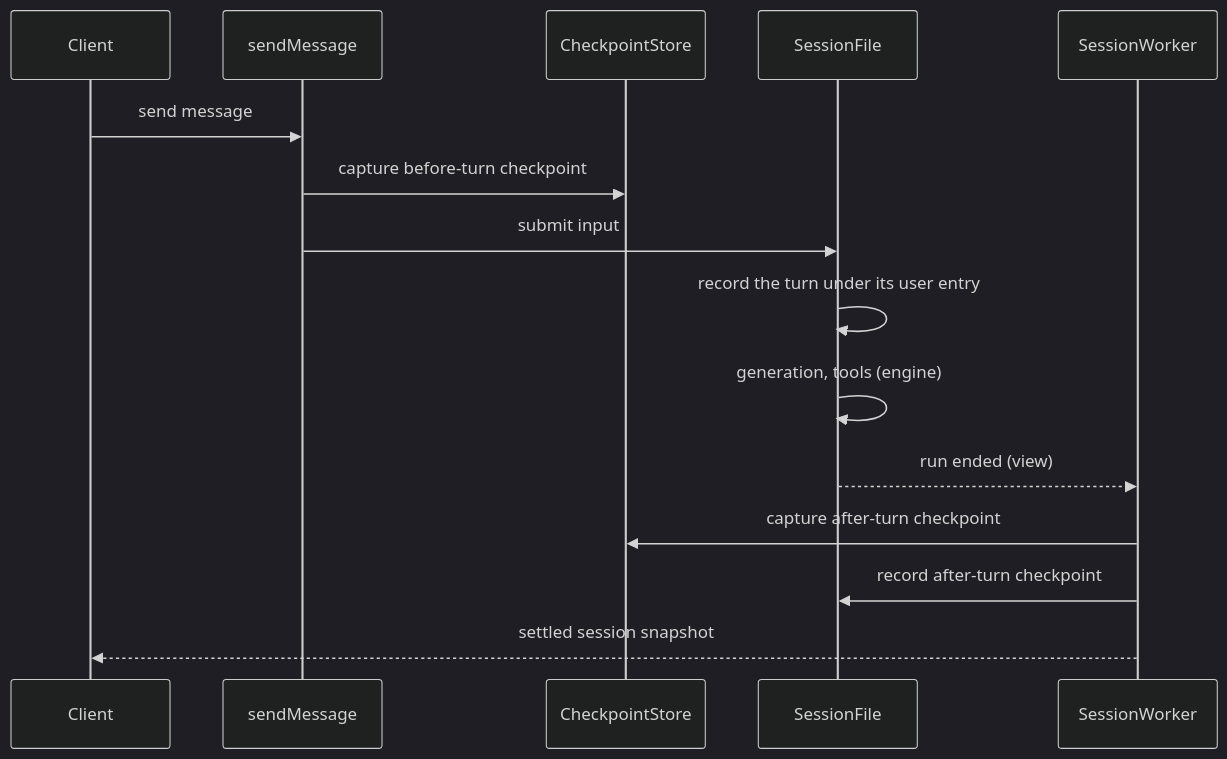
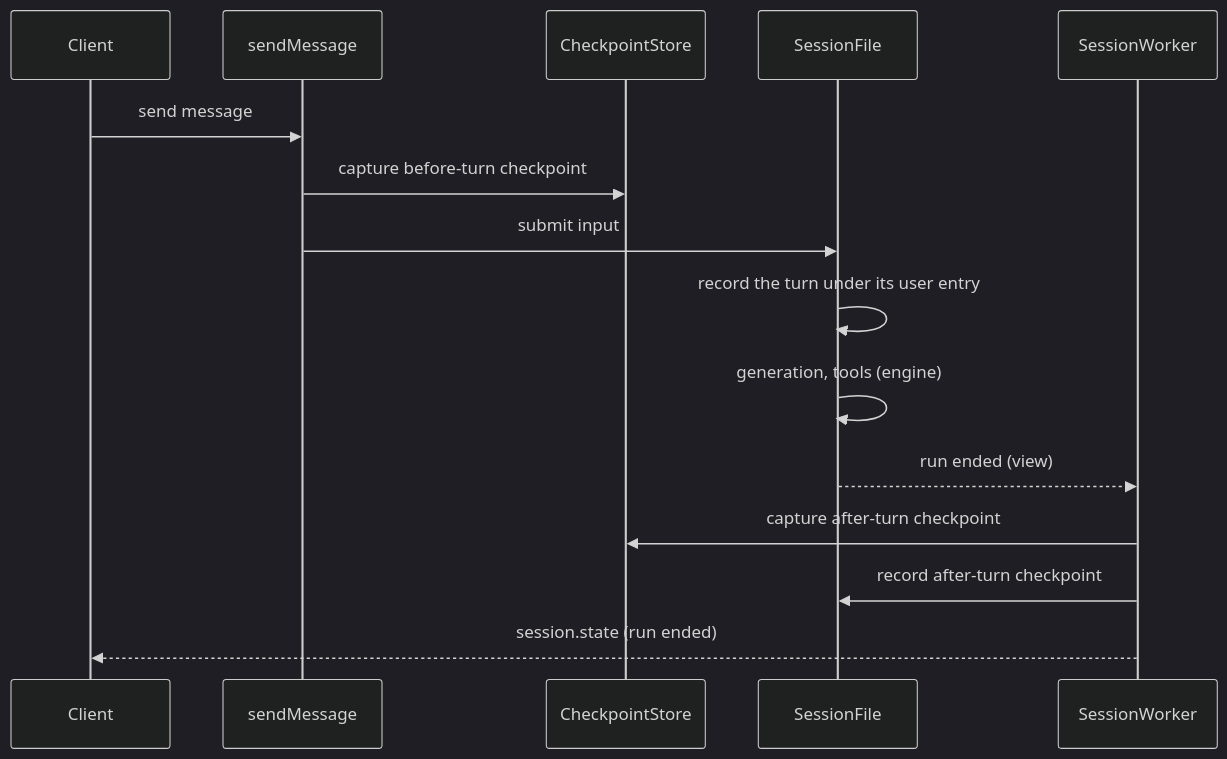
Before and after one commit to mattiacerutti/supernova: the third of 6 diagrams in docs/internal/checkpoint-system.md, drawn with Mermaid (dark theme). The commit also changed other lines of this file and 64 other files, not shown here.

````diff
--- a/docs/internal/checkpoint-system.md
+++ b/docs/internal/checkpoint-system.md
@@ -132,18 +132,18 @@
 ```mermaid
 sequenceDiagram
   participant Client
   participant Send as sendMessage
   participant Store as CheckpointStore
   participant File as SessionFile
   participant Worker as SessionWorker
 
   Client->>Send: send message
   Send->>Store: capture before-turn checkpoint
   Send->>File: submit input
   File->>File: record the turn under its user entry
   File->>File: generation, tools (engine)
   File-->>Worker: run ended (view)
   Worker->>Store: capture after-turn checkpoint
   Worker->>File: record after-turn checkpoint
-  Worker-->>Client: settled session snapshot
+  Worker-->>Client: session.state (run ended)
 ```
````
